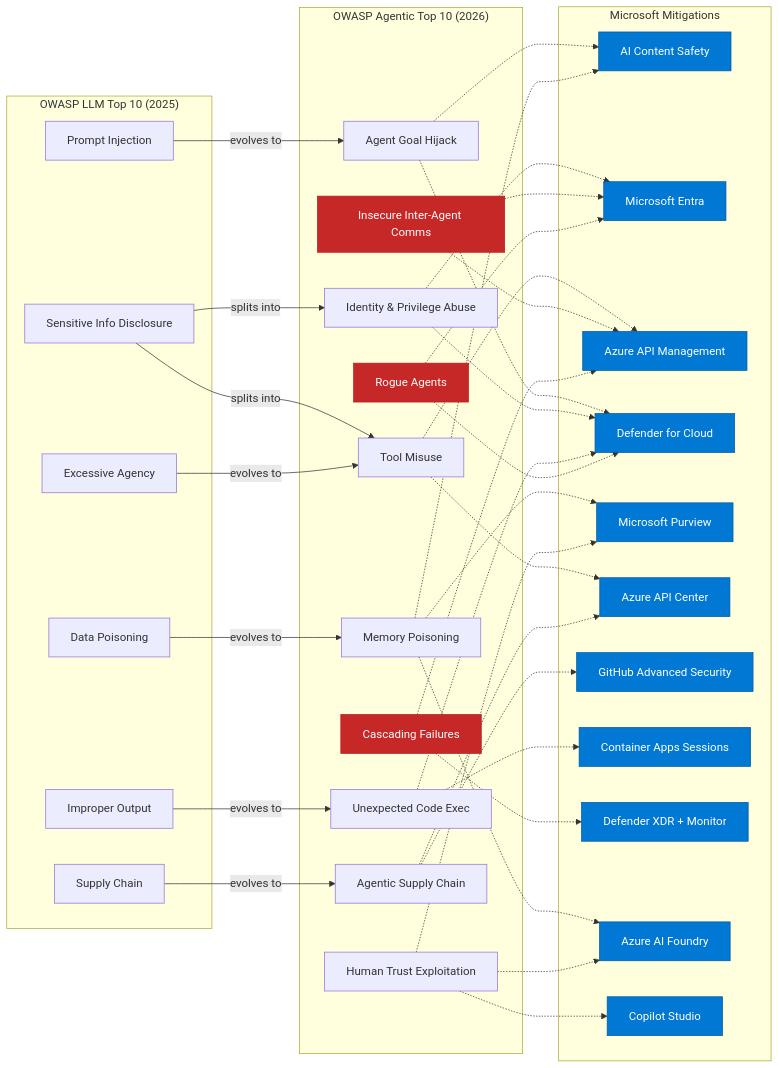
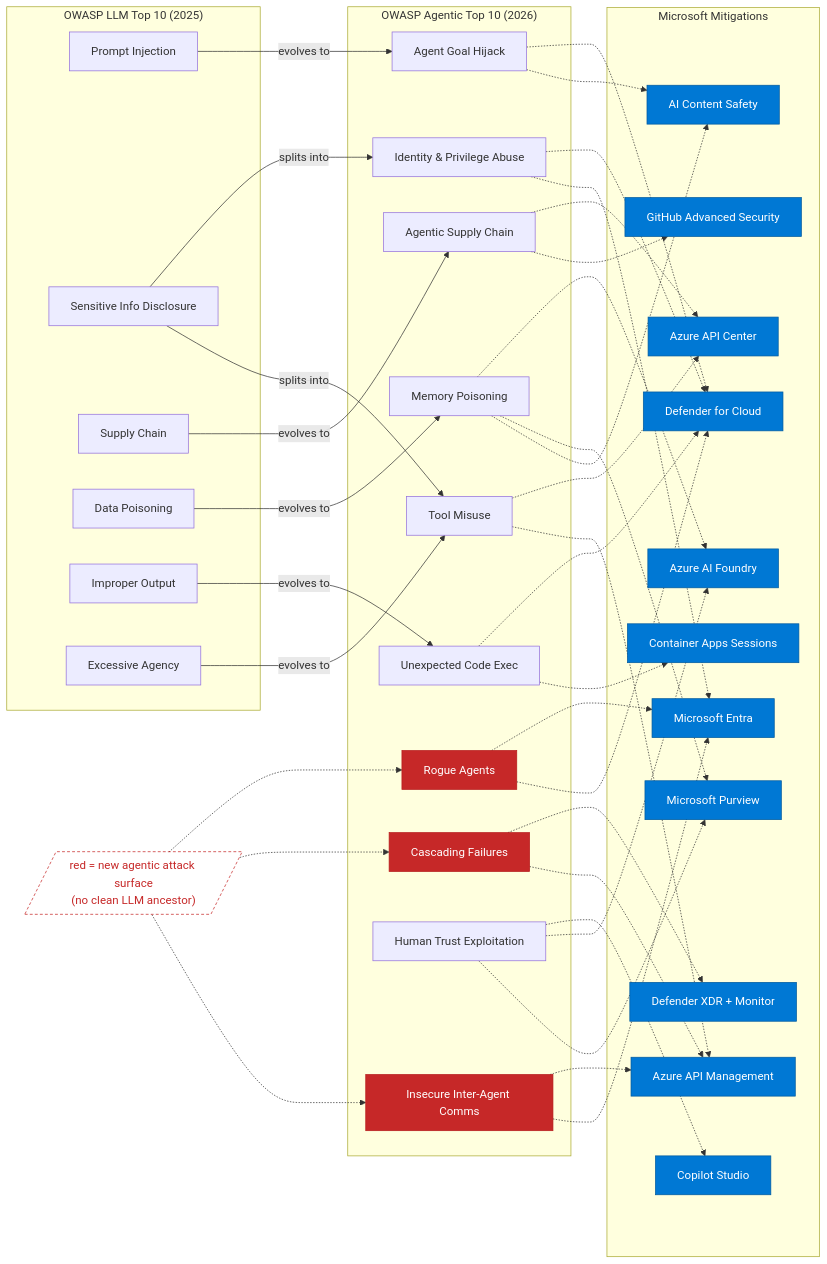
Before and after one commit to adstuart/owasp-agentic-reference: the diagram in README.md, drawn with Mermaid.

Commit message:
Mermaid: explicit legend node for new agentic attack surfaces (A7/A8/A10)
Diagram already had no inbound edges for A7/A8/A10 — adding an explicit
legend node makes the 'no clean LLM ancestor' framing visible at a glance
and aligns the diagram with the reframed table + Key Takeaways.

```diff
--- a/README.md
+++ b/README.md
@@ -51,6 +51,12 @@
     L5 -->|evolves to| A5
     L4 -->|evolves to| A6
     L6 -->|evolves to| A2
+
+    NEW[/"red = new agentic attack surface<br/>(no clean LLM ancestor)"/]
+    NEW -.-> A7
+    NEW -.-> A8
+    NEW -.-> A10
+    style NEW fill:transparent,stroke:#c62828,stroke-dasharray:4 3,color:#c62828
 
     A1 -.-> M1
     A1 -.-> M4
```
